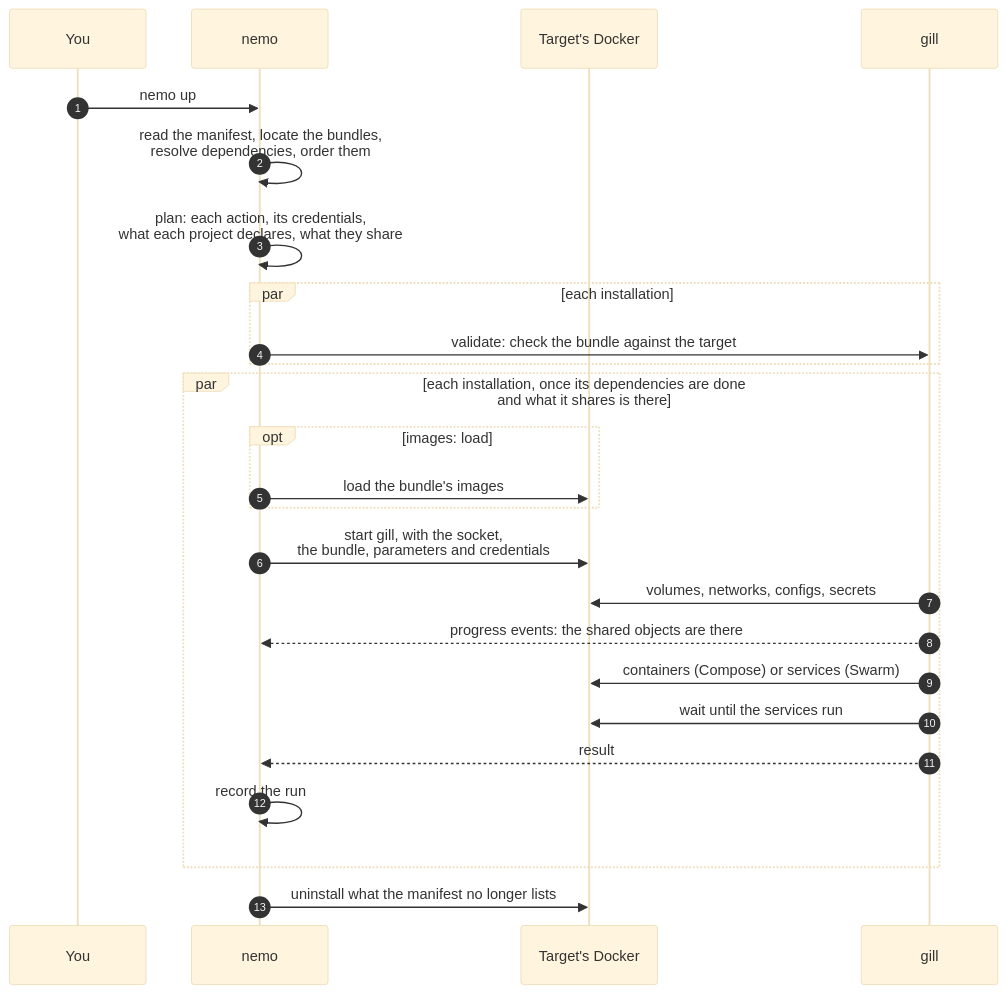
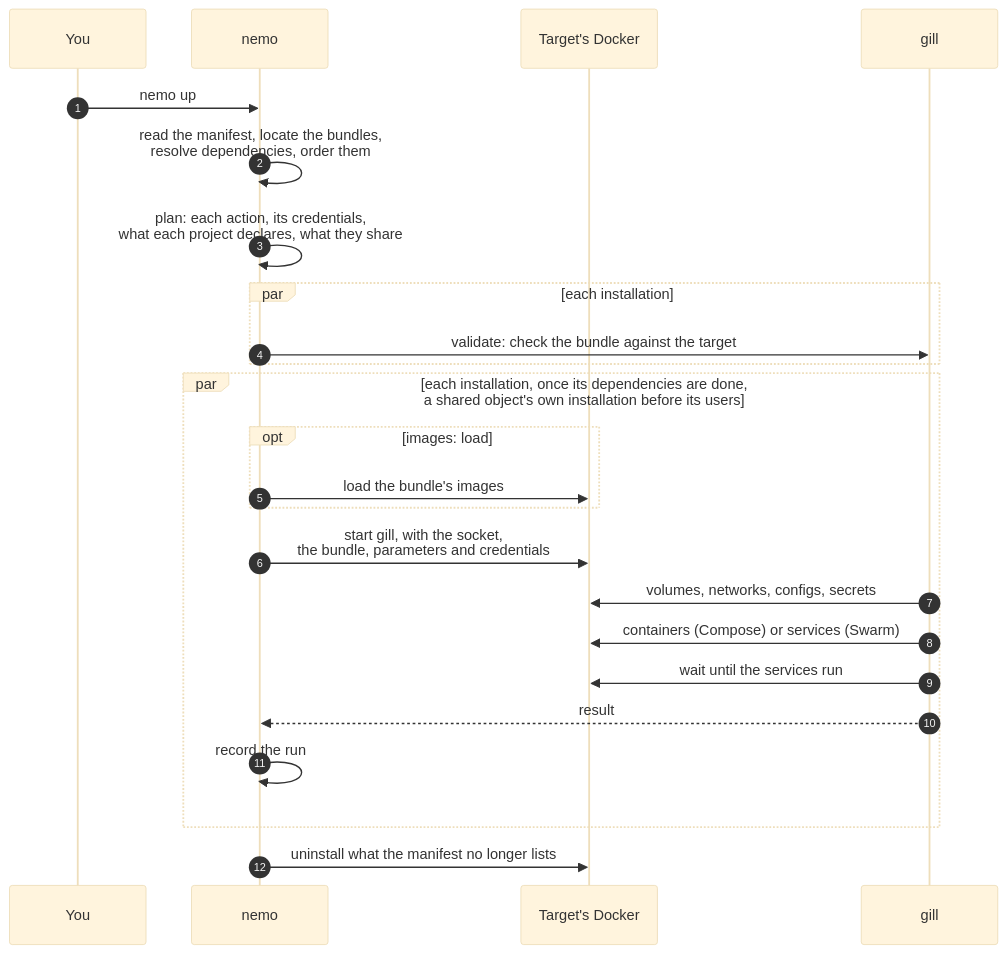
One commit to sntns/nemo changed the second of 2 diagrams in docs/how-it-works.md. Above: the diagram before and after it, drawn with Mermaid (base theme). The commit also changed other lines of this file and 7 other files, not shown here.

First line of the commit message:
feat: give each object installations share an installation of its own

````diff
--- a/docs/how-it-works.md
+++ b/docs/how-it-works.md
@@ -28,27 +28,26 @@
 ```mermaid
 sequenceDiagram
     autonumber
     participant You
     participant nemo
     participant Docker as Target's Docker
     participant gill
     You->>nemo: nemo up
     nemo->>nemo: read the manifest, locate the bundles,<br/>resolve dependencies, order them
     nemo->>nemo: plan: each action, its credentials,<br/>what each project declares, what they share
     par each installation
         nemo->>gill: validate: check the bundle against the target
     end
-    par each installation, once its dependencies are done<br/>and what it shares is there
+    par each installation, once its dependencies are done,<br/>a shared object's own installation before its users
         opt images: load
             nemo->>Docker: load the bundle's images
         end
         nemo->>Docker: start gill, with the socket,<br/>the bundle, parameters and credentials
         gill->>Docker: volumes, networks, configs, secrets
-        gill-->>nemo: progress events: the shared objects are there
         gill->>Docker: containers (Compose) or services (Swarm)
         gill->>Docker: wait until the services run
         gill-->>nemo: result
         nemo->>nemo: record the run
     end
     nemo->>Docker: uninstall what the manifest no longer lists
 ```
````
